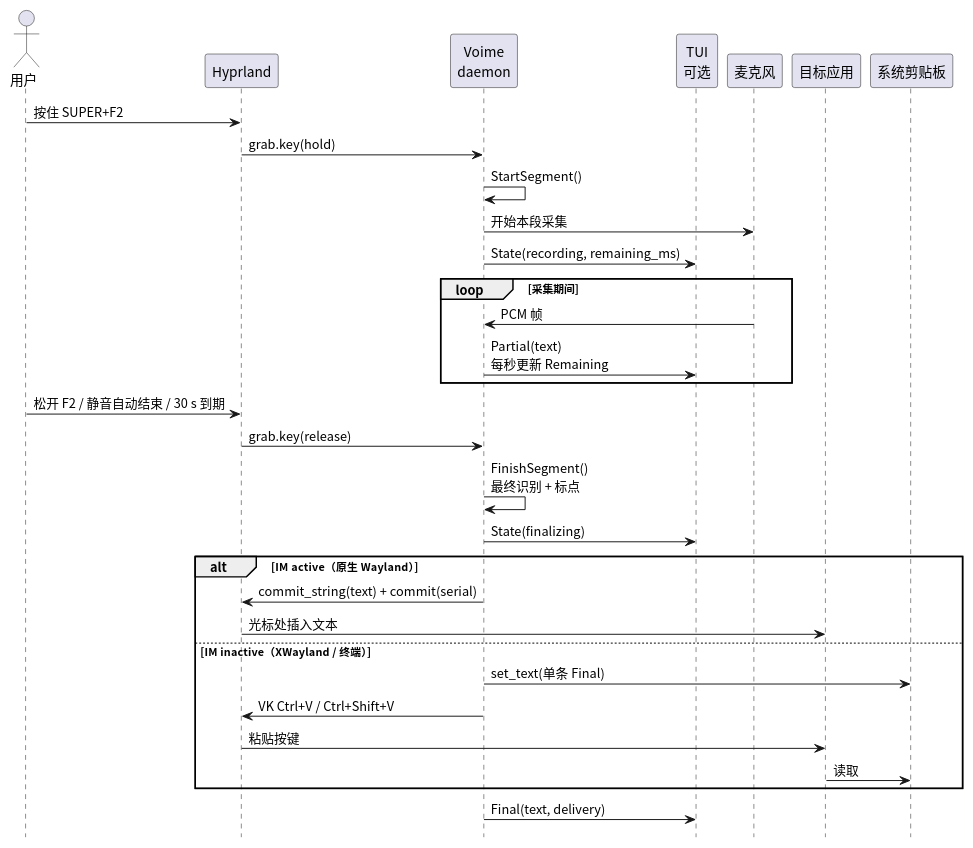
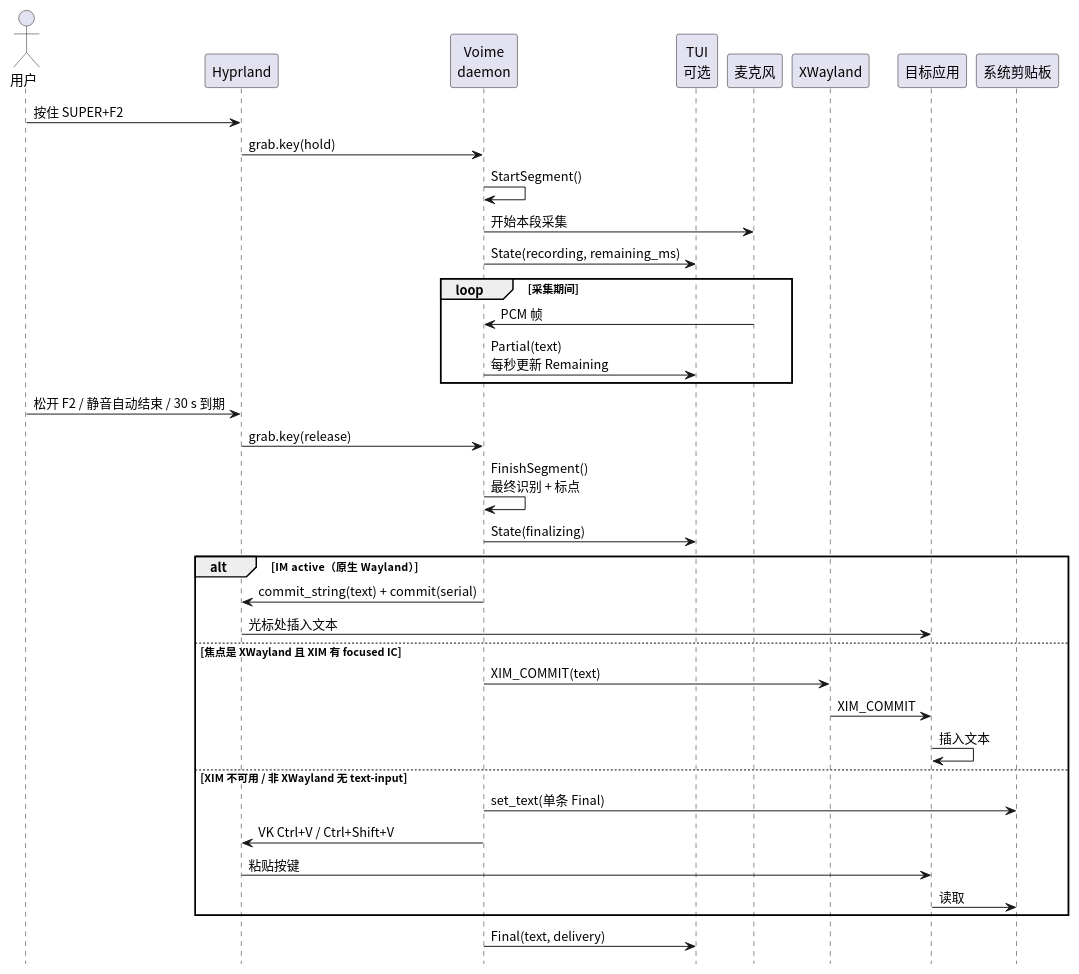
Before and after one commit to 54m43lJ/voime: the diagram in diagram/seq-ptt.puml, drawn with PlantUML. The commit also changed 31 other files, not shown here.

Commit message:
docs: XWayland 改走 XIM，剪贴板仅作兜底

```diff
--- a/diagram/seq-ptt.puml
+++ b/diagram/seq-ptt.puml
@@ -1,39 +1,44 @@
 @startuml
 skinparam defaultFontName "Noto Sans CJK SC"
 skinparam shadowing false
 hide footbox
 
 actor "用户" as User
 participant "Hyprland" as Compositor
 participant "Voime\ndaemon" as Voime
 participant "TUI\n可选" as Tui
 participant "麦克风" as Mic
+participant "XWayland" as Xwayland
 participant "目标应用" as App
 participant "系统剪贴板" as Clip
 
 User -> Compositor : 按住 SUPER+F2
 Compositor -> Voime : grab.key(hold)
 Voime -> Voime : StartSegment()
 Voime -> Mic : 开始本段采集
 Voime -> Tui : State(recording, remaining_ms)
 loop 采集期间
   Mic -> Voime : PCM 帧
   Voime -> Tui : Partial(text)\n每秒更新 Remaining
 end
 User -> Compositor : 松开 F2 / 静音自动结束 / 30 s 到期
 Compositor -> Voime : grab.key(release)
 Voime -> Voime : FinishSegment()\n最终识别 + 标点
 Voime -> Tui : State(finalizing)
 
 alt IM active（原生 Wayland）
   Voime -> Compositor : commit_string(text) + commit(serial)
   Compositor -> App : 光标处插入文本
-else IM inactive（XWayland / 终端）
+else 焦点是 XWayland 且 XIM 有 focused IC
+  Voime -> Xwayland : XIM_COMMIT(text)
+  Xwayland -> App : XIM_COMMIT
+  App -> App : 插入文本
+else XIM 不可用 / 非 XWayland 无 text-input
   Voime -> Clip : set_text(单条 Final)
   Voime -> Compositor : VK Ctrl+V / Ctrl+Shift+V
   Compositor -> App : 粘贴按键
   App -> Clip : 读取
 end
 
 Voime -> Tui : Final(text, delivery)
 @enduml
```
